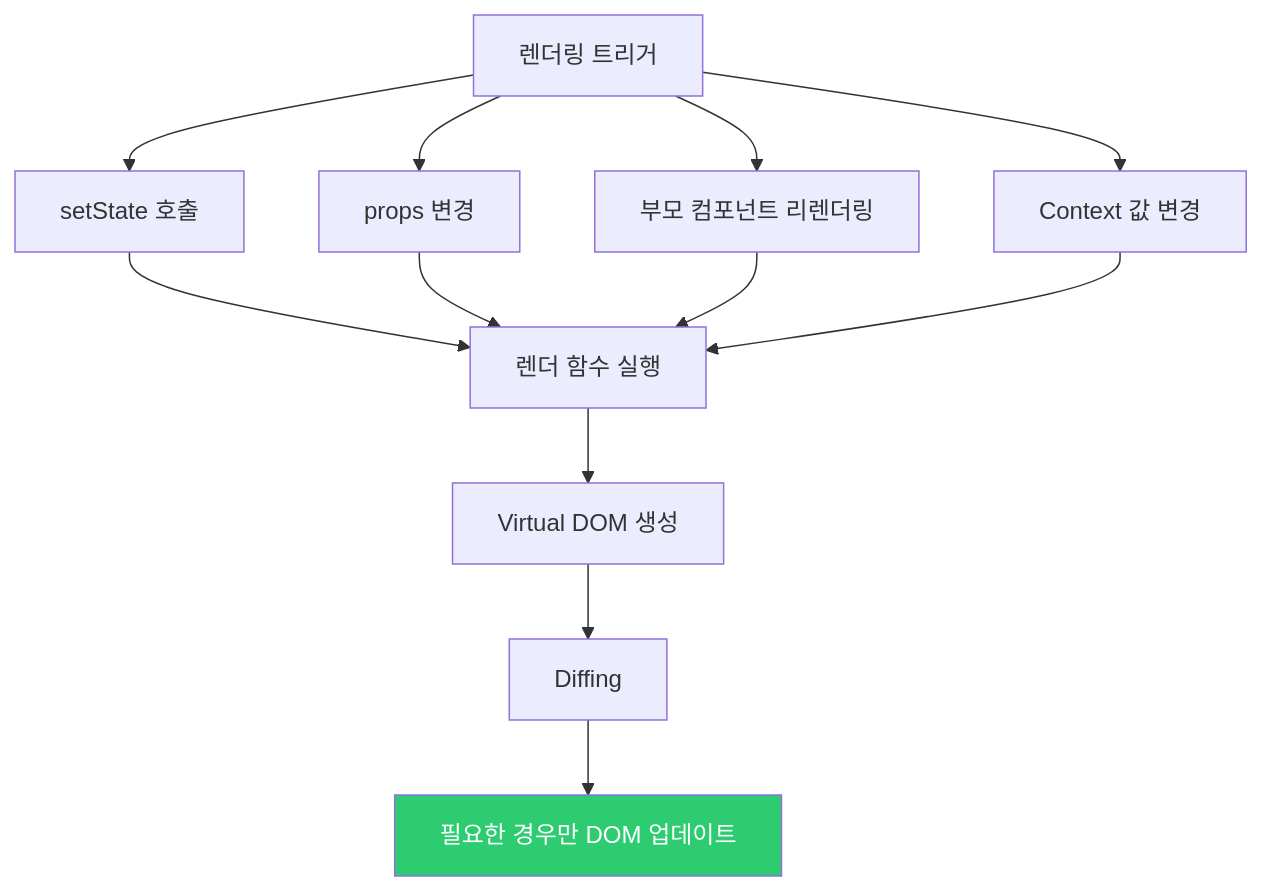
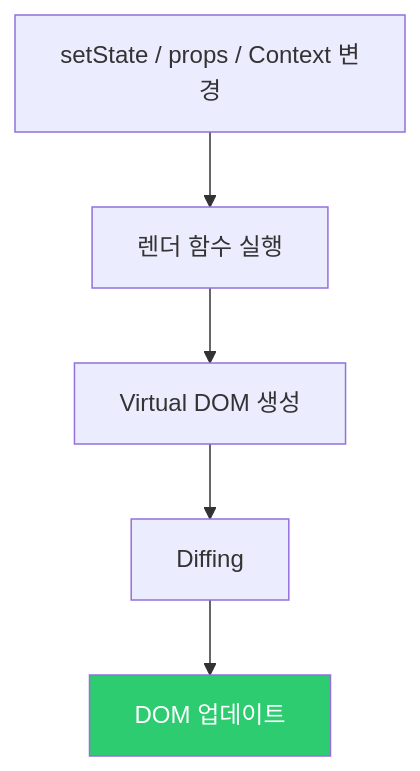
One commit to yjkim2015/yjkim2015.github.io changed the fifth of 6 diagrams in _posts/frontend/2026-05-02-react-fundamentals.md. Above: the diagram before and after it, drawn with Mermaid. The commit also changed other lines of this file and 215 other files, not shown here.

First line of the commit message:
신규 포스트 10개 추가 + Mermaid 전면 축소 + SystemDesign 시리즈 보강

````diff
--- a/_posts/frontend/2026-05-02-react-fundamentals.md
+++ b/_posts/frontend/2026-05-02-react-fundamentals.md
@@ -294,18 +255,6 @@
 ```mermaid
 flowchart TD
-    A["렌더링 트리거"] --> B["setState 호출"]
-    A --> C["props 변경"]
-    A --> D["부모 컴포넌트 리렌더링"]
-    A --> E["Context 값 변경"]
-
-    B --> G["렌더 함수 실행"]
-    C --> G
-    D --> G
-    E --> G
-
-    G --> H["Virtual DOM 생성"]
-    H --> I["Diffing"]
-    I --> J["필요한 경우만 DOM 업데이트"]
-
-    style J fill:#2ecc71,color:#fff
+    A["setState / props / Context 변경"] --> B["렌더 함수 실행"]
+    B --> C["Virtual DOM 생성"] --> D["Diffing"] --> E["DOM 업데이트"]
+    style E fill:#2ecc71,color:#fff
 ```
````
